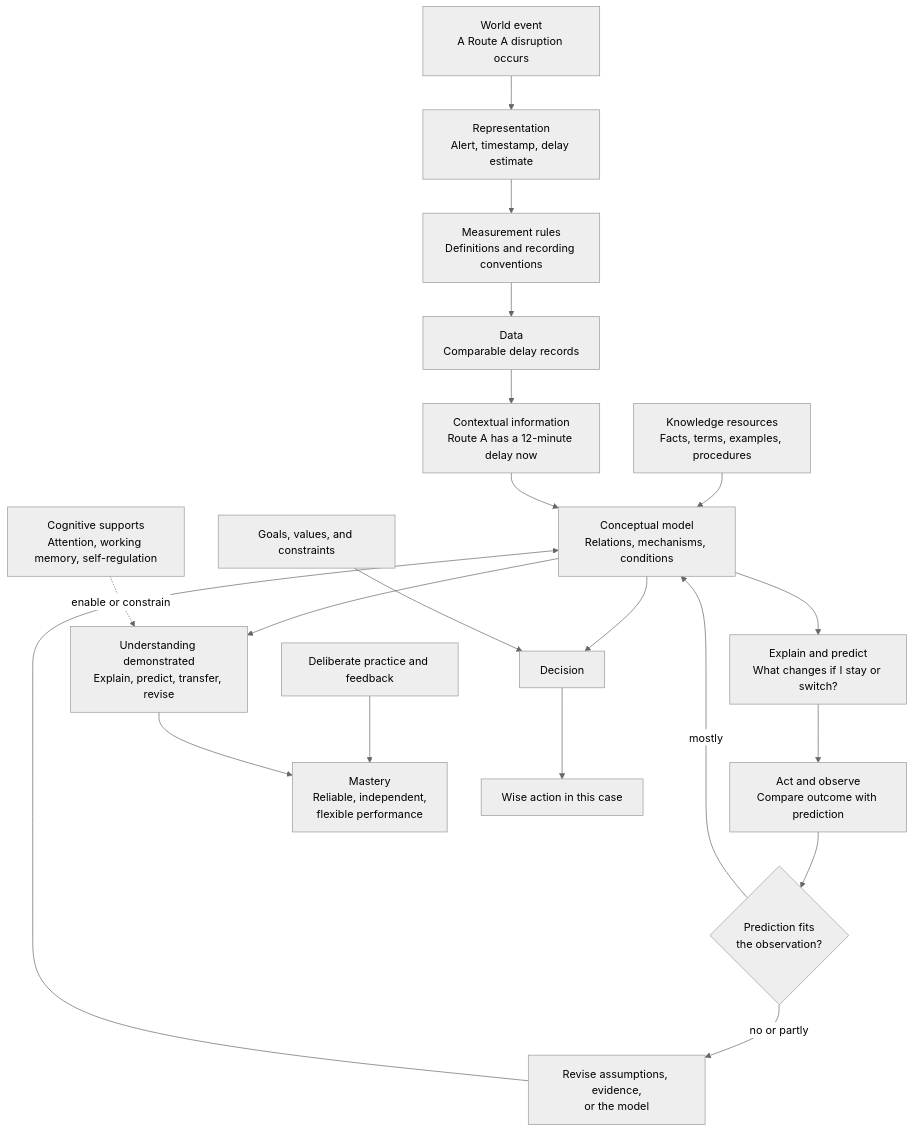
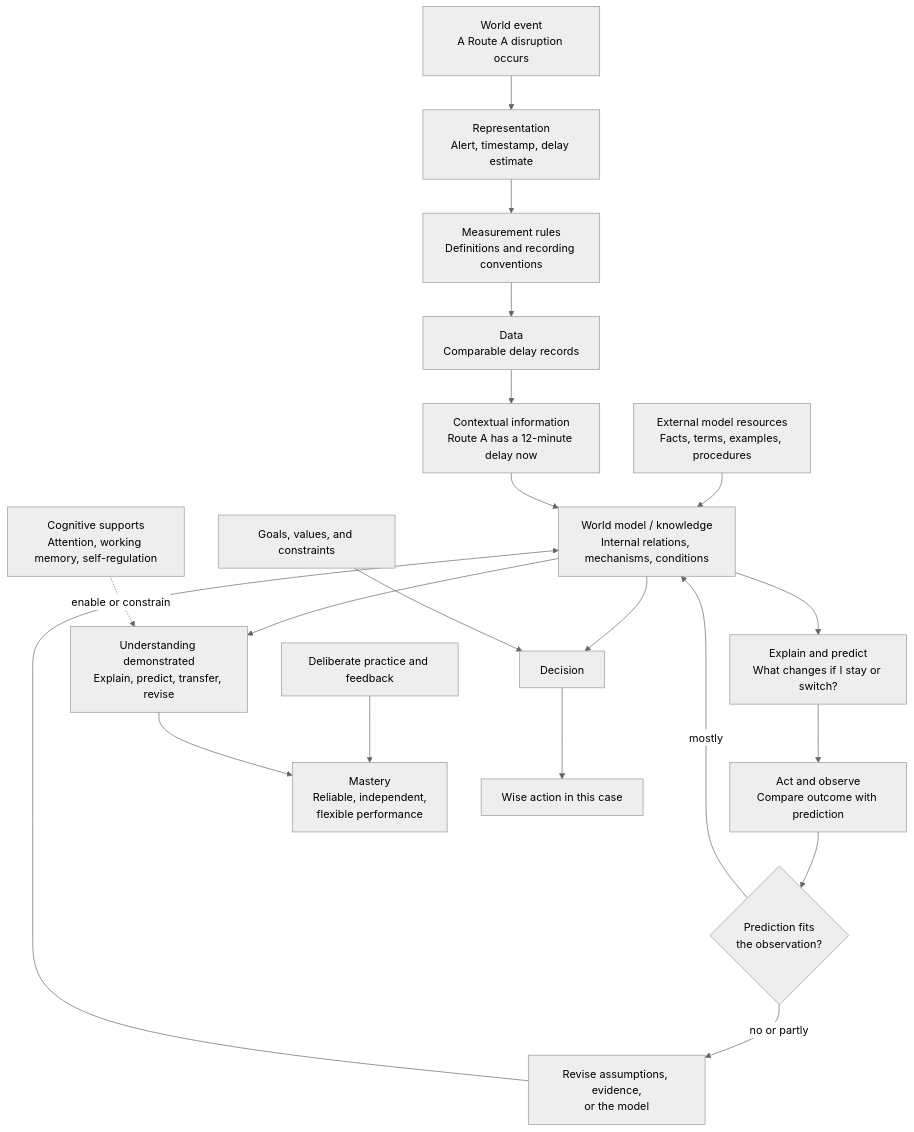
The diagram in _posts/knowledge/2026-09-18-knowledge-full-map.md (lipohong/study), drawn with Mermaid (neutral theme) before and after one commit. The commit also changed other lines of this file and 15 other files, not shown here.

````diff
--- a/_posts/knowledge/2026-09-18-knowledge-full-map.md
+++ b/_posts/knowledge/2026-09-18-knowledge-full-map.md
@@ -53,25 +54,25 @@
 ```mermaid
 flowchart TB
     Event["World event<br/>A Route A disruption occurs"] --> Rep["Representation<br/>Alert, timestamp, delay estimate"]
     Rep --> Rule["Measurement rules<br/>Definitions and recording conventions"]
     Rule --> Data["Data<br/>Comparable delay records"]
     Data --> Info["Contextual information<br/>Route A has a 12-minute delay now"]
 
-    Facts["Knowledge resources<br/>Facts, terms, examples, procedures"] --> Model["Conceptual model<br/>Relations, mechanisms, conditions"]
+    Facts["External model resources<br/>Facts, terms, examples, procedures"] --> Model["World model / knowledge<br/>Internal relations, mechanisms, conditions"]
     Info --> Model
     Model --> Predict["Explain and predict<br/>What changes if I stay or switch?"]
     Predict --> Observe["Act and observe<br/>Compare outcome with prediction"]
     Observe --> Check{"Prediction fits<br/>the observation?"}
     Check -->|"mostly"| Model
     Check -->|"no or partly"| Revise["Revise assumptions, evidence,<br/>or the model"]
     Revise --> Model
 
     Model --> Understand["Understanding demonstrated<br/>Explain, predict, transfer, revise"]
     Supports["Cognitive supports<br/>Attention, working memory, self-regulation"] -. "enable or constrain" .-> Understand
     Practice["Deliberate practice and feedback"] --> Mastery["Mastery<br/>Reliable, independent,<br/>flexible performance"]
     Understand --> Mastery
 
     Model --> Decision["Decision"]
     Goals["Goals, values, and constraints"] --> Decision
     Decision --> Action["Wise action in this case"]
 ```
````
